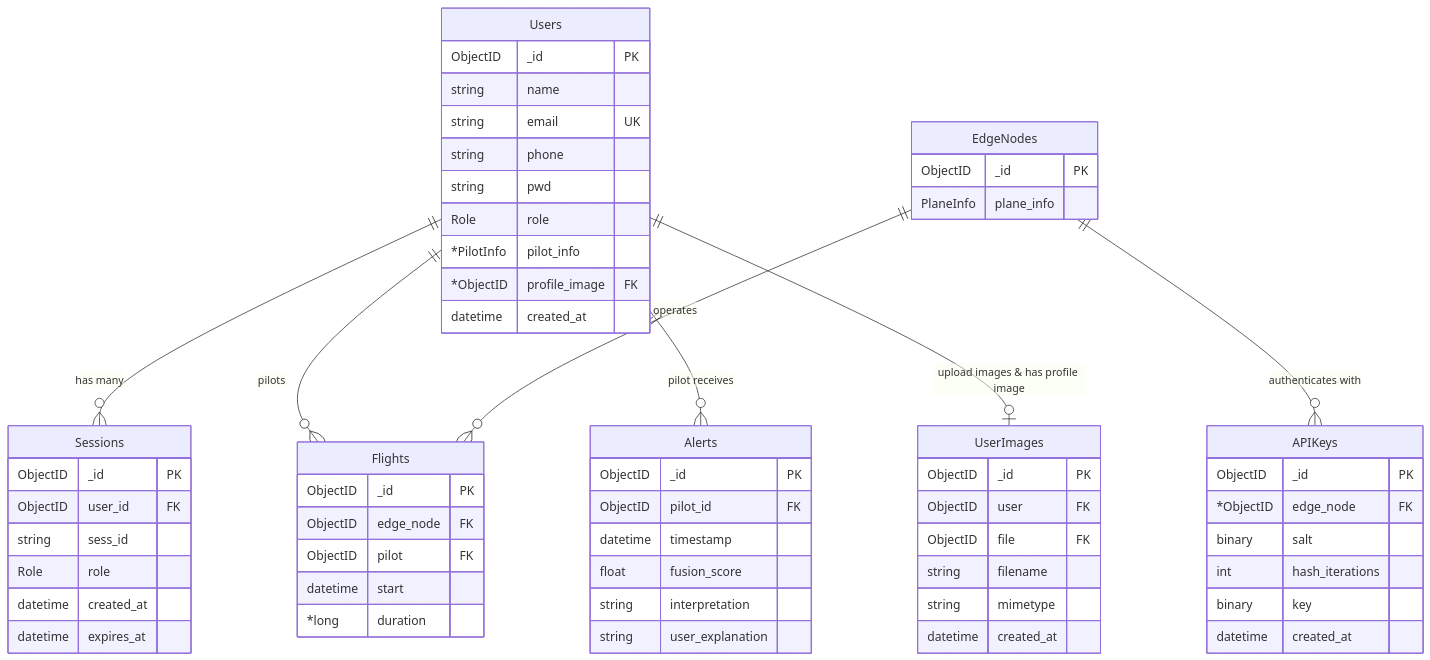
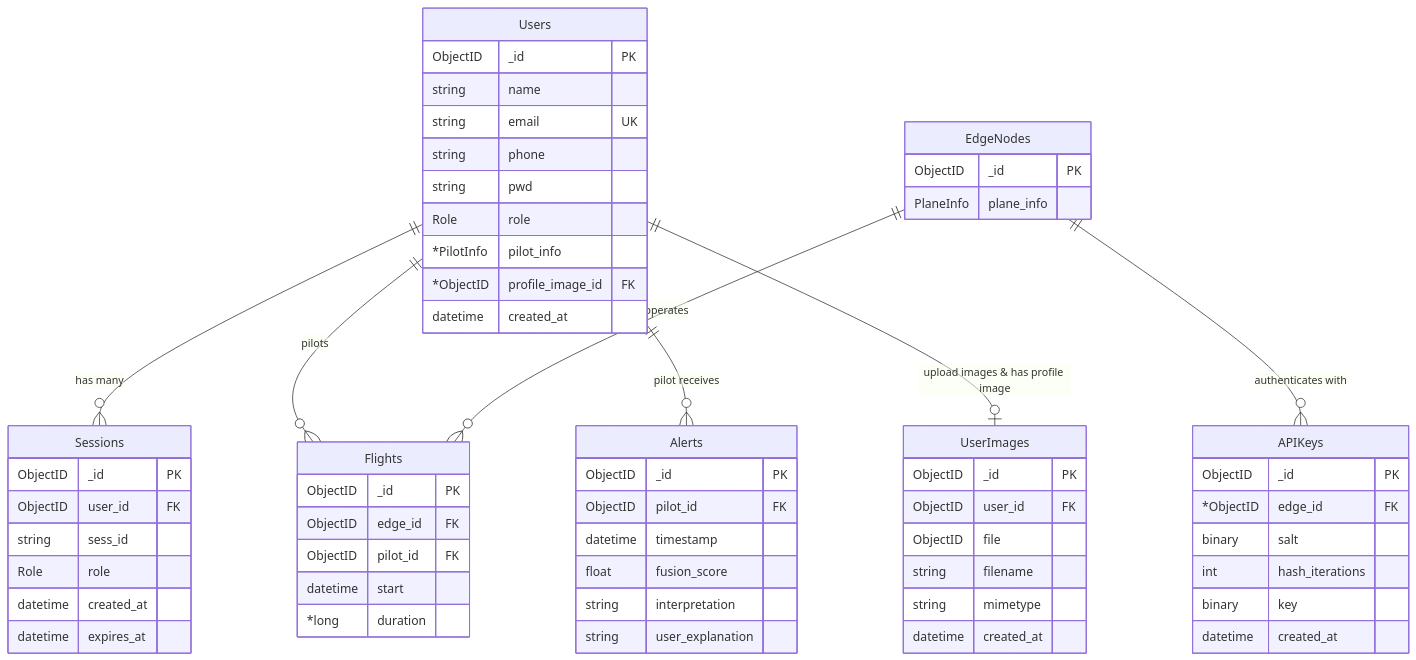
One commit to RoundRobinHood/cogniflight-cloud changed the first of 2 diagrams in docs/assignment2.md. Above: the diagram before and after it, drawn with Mermaid. The commit also changed other lines of this file and 6 other files, not shown here.

````diff
--- a/docs/assignment2.md
+++ b/docs/assignment2.md
@@ -77,70 +77,70 @@
 ```mermaid
 erDiagram
     Users {
         ObjectID _id PK
         string name
         string email UK
         string phone
         string pwd
         Role role
         *PilotInfo pilot_info
-        *ObjectID profile_image FK
+        *ObjectID profile_image_id FK
         datetime created_at
     }
     
     Sessions {
         ObjectID _id PK
         ObjectID user_id FK
         string sess_id
         Role role
         datetime created_at
         datetime expires_at
     }
     
     EdgeNodes {
         ObjectID _id PK
         PlaneInfo plane_info
     }
     
     Flights {
         ObjectID _id PK
-        ObjectID edge_node FK
-        ObjectID pilot FK
+        ObjectID edge_id FK
+        ObjectID pilot_id FK
         datetime start
         *long duration
     }
     
     Alerts {
         ObjectID _id PK
         ObjectID pilot_id FK
         datetime timestamp
         float fusion_score
         string interpretation
         string user_explanation
     }
     
     APIKeys {
         ObjectID _id PK
-        *ObjectID edge_node FK
+        *ObjectID edge_id FK
         binary salt
         int hash_iterations
         binary key
         datetime created_at
     }
     
     UserImages {
         ObjectID _id PK
-        ObjectID user FK
-        ObjectID file FK
+        ObjectID user_id FK
+        ObjectID file
         string filename
         string mimetype
         datetime created_at
     }
 
     Users ||--o{ Sessions : "has many"
     Users ||--o{ Flights : "pilots" 
     Users ||--o{ Alerts : "pilot receives"
     Users ||--o| UserImages : "upload images & has profile image"
     EdgeNodes ||--o{ Flights : "operates"
     EdgeNodes ||--o{ APIKeys : "authenticates with"
 ```
````
